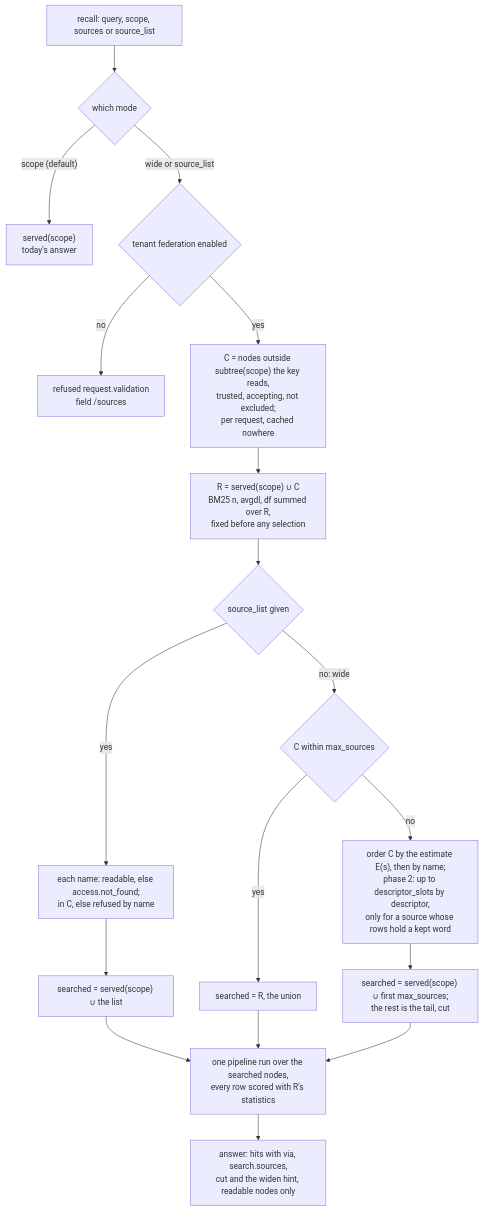
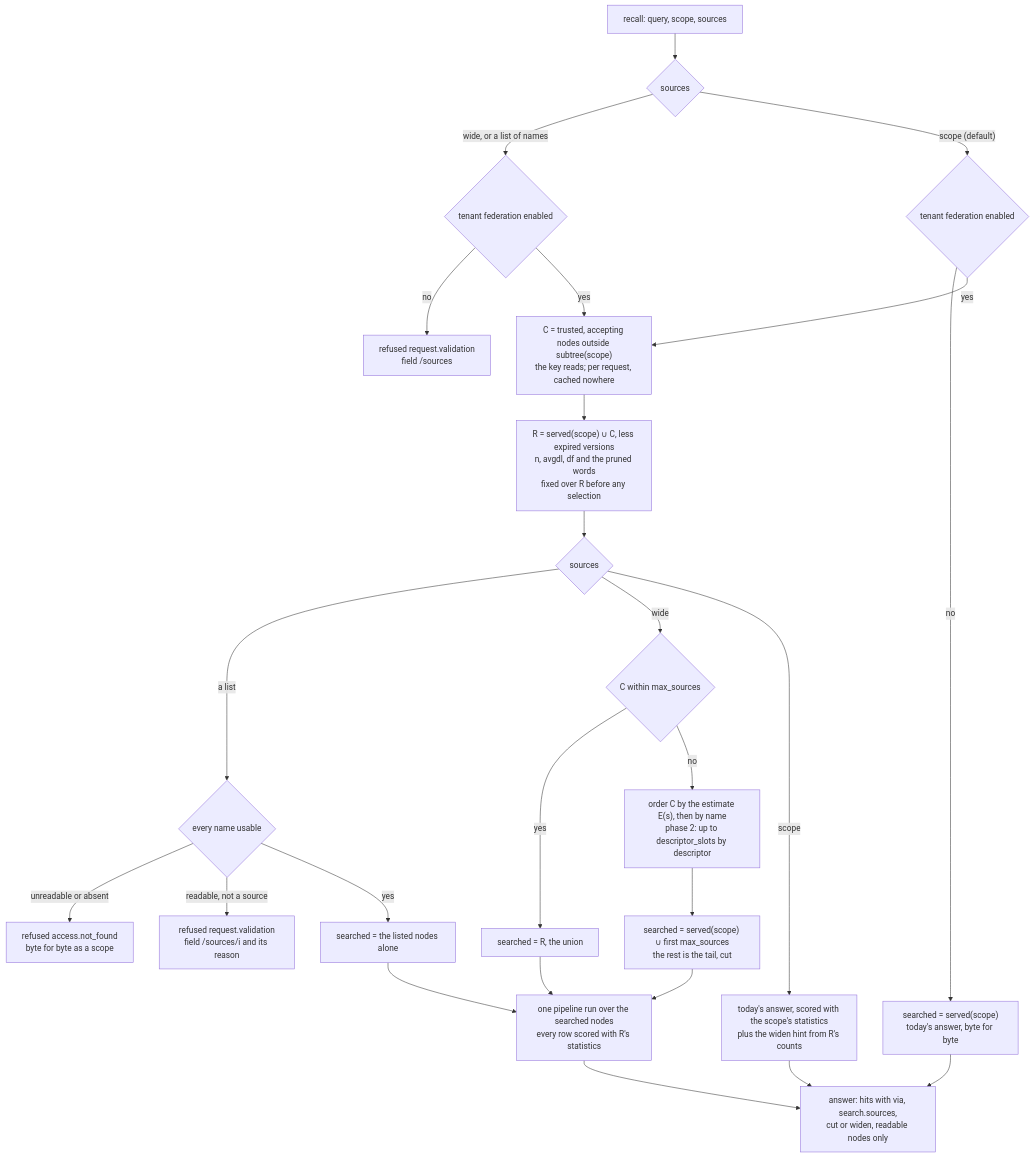
One commit to e8kor/open-memory-lab changed the first of 2 diagrams in docs/adr/ADR-0072-recall-searches-the-trusted-workareas-a-key-already-reads-chosen-per-query-by-reviewed-descriptors-and-never-widens-what-it-may-read.md. Above: the diagram before and after it, drawn with Mermaid. The commit also changed other lines of this file and 1 other file, not shown here.

First line of the commit message:
ADR-0072: one sources field whose list is answered whole, pruning fixed over R, and no descriptor with a hold finding advertises

````diff
--- a/docs/adr/ADR-0072-recall-searches-the-trusted-workareas-a-key-already-reads-chosen-per-query-by-reviewed-descriptors-and-never-widens-what-it-may-read.md
+++ b/docs/adr/ADR-0072-recall-searches-the-trusted-workareas-a-key-already-reads-chosen-per-query-by-reviewed-descriptors-and-never-widens-what-it-may-read.md
@@ -125,20 +134,27 @@
 ```mermaid
 flowchart TD
-  Q["recall: query, scope, sources or source_list"] --> M{"which mode"}
-  M -->|"scope (default)"| S["served(scope)<br/>today's answer"]
-  M -->|"wide or source_list"| F{"tenant federation enabled"}
+  Q["recall: query, scope, sources"] --> M{"sources"}
+  M -->|"wide, or a list of names"| F{"tenant federation enabled"}
   F -->|no| X["refused request.validation<br/>field /sources"]
-  F -->|yes| C["C = nodes outside subtree(scope) the key reads,<br/>trusted, accepting, not excluded;<br/>per request, cached nowhere"]
-  C --> R["R = served(scope) ∪ C<br/>BM25 n, avgdl, df summed over R,<br/>fixed before any selection"]
-  R --> L{"source_list given"}
-  L -->|yes| V["each name: readable, else access.not_found;<br/>in C, else refused by name"]
-  V --> SL["searched = served(scope) ∪ the list"]
-  L -->|"no: wide"| CAP{"C within max_sources"}
+  F -->|yes| C["C = trusted, accepting nodes outside subtree(scope)<br/>the key reads; per request, cached nowhere"]
+  M -->|"scope (default)"| SC{"tenant federation enabled"}
+  SC -->|no| S["searched = served(scope)<br/>today's answer, byte for byte"]
+  SC -->|yes| C
+  S --> A
+  C --> R["R = served(scope) ∪ C, less expired versions<br/>n, avgdl, df and the pruned words<br/>fixed over R before any selection"]
+  R --> L{"sources"}
+  L -->|"a list"| V{"every name usable"}
+  V -->|"unreadable or absent"| NF["refused access.not_found<br/>byte for byte as a scope"]
+  V -->|"readable, not a source"| VR["refused request.validation<br/>field /sources/i and its reason"]
+  V -->|yes| SL["searched = the listed nodes alone"]
+  L -->|wide| CAP{"C within max_sources"}
+  L -->|"scope"| WH["today's answer, scored with the scope's statistics<br/>plus the widen hint from R's counts"]
   CAP -->|yes| U["searched = R, the union"]
-  CAP -->|no| O["order C by the estimate E(s), then by name;<br/>phase 2: up to descriptor_slots by descriptor,<br/>only for a source whose rows hold a kept word"]
-  O --> T["searched = served(scope) ∪ first max_sources;<br/>the rest is the tail, cut"]
-  SL --> P["one pipeline run over the searched nodes,<br/>every row scored with R's statistics"]
+  CAP -->|no| O["order C by the estimate E(s), then by name<br/>phase 2: up to descriptor_slots by descriptor"]
+  O --> T["searched = served(scope) ∪ first max_sources<br/>the rest is the tail, cut"]
+  SL --> P["one pipeline run over the searched nodes<br/>every row scored with R's statistics"]
+  WH --> A
   U --> P
   T --> P
-  P --> A["answer: hits with via, search.sources,<br/>cut and the widen hint, readable nodes only"]
+  P --> A["answer: hits with via, search.sources,<br/>cut or widen, readable nodes only"]
 ```
````
